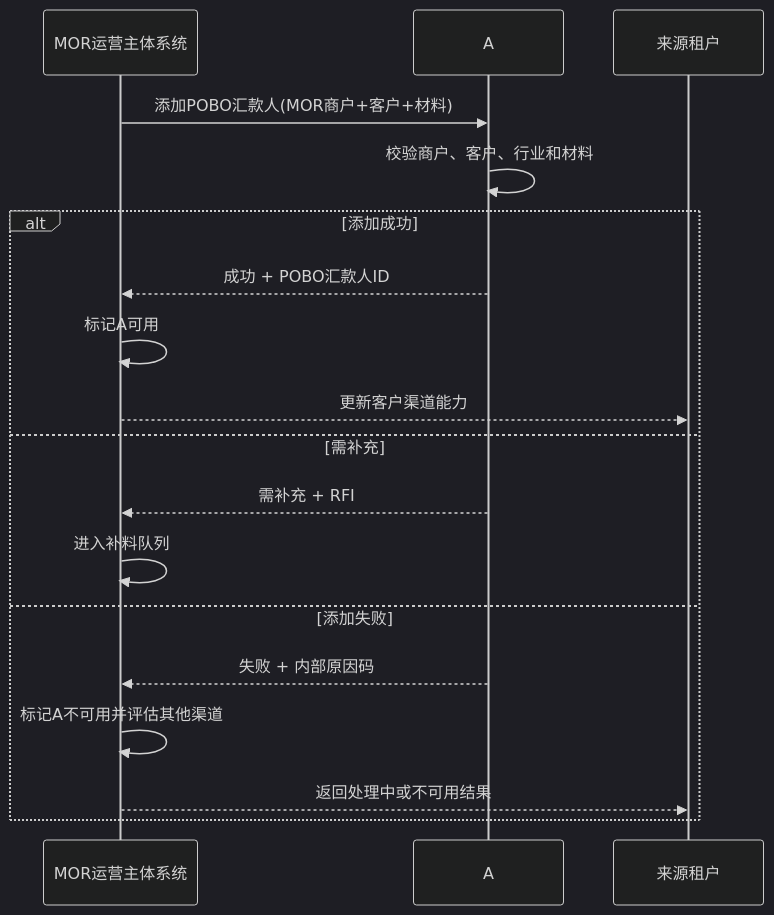
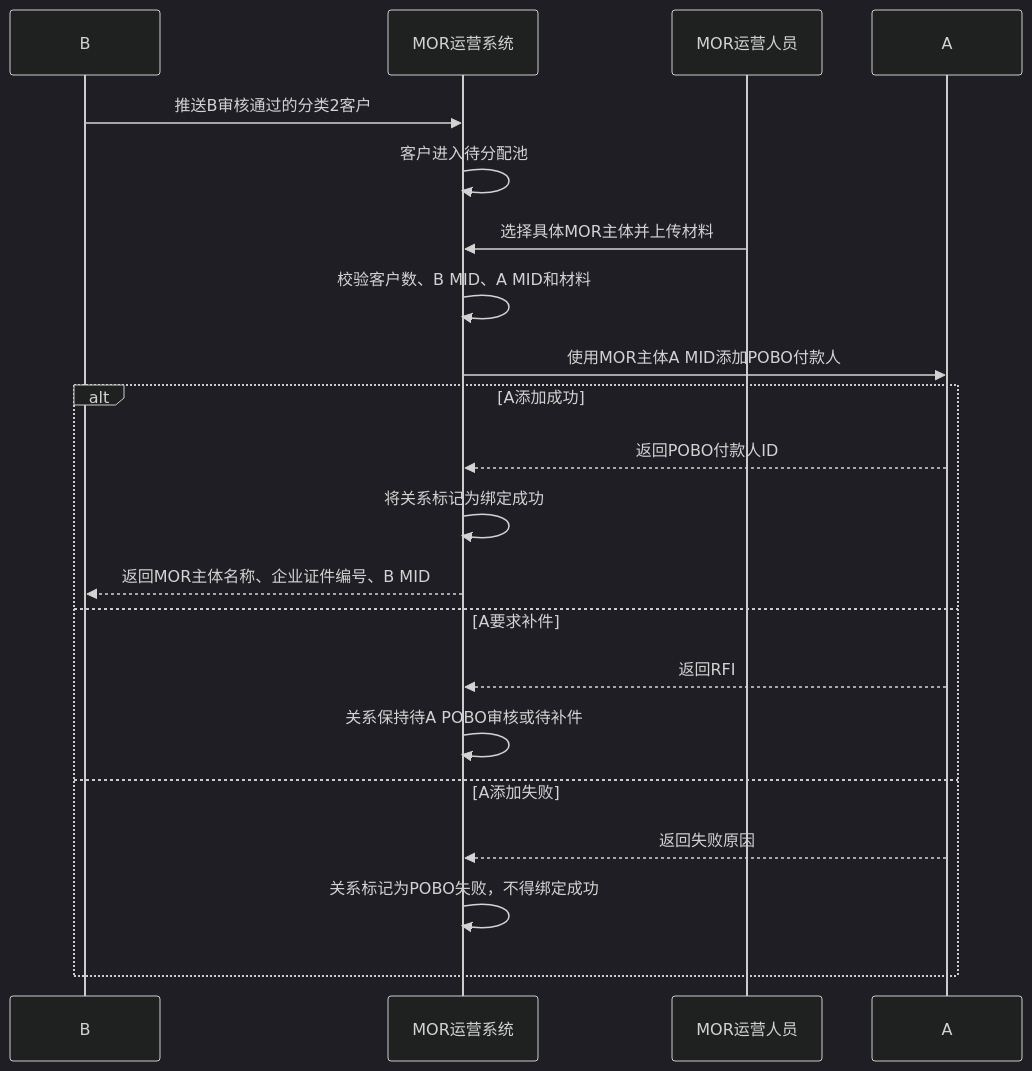
Before and after one commit to xiaoxiaoangie/EX-NEW: the third of 4 diagrams in MORSolutions/解决方案/MOR模式-运营主体SP最终方案.md, drawn with Mermaid (dark theme). The commit also changed other lines of this file and 5 other files, not shown here.

````diff
--- a/MORSolutions/解决方案/MOR模式-运营主体SP最终方案.md
+++ b/MORSolutions/解决方案/MOR模式-运营主体SP最终方案.md
@@ -338,21 +228,24 @@
 ```mermaid
 sequenceDiagram
-    participant SP as MOR运营主体系统
+    participant B as B
+    participant OPS as MOR运营系统
+    participant O as MOR运营人员
     participant A as A
-    participant T as 来源租户
 
-    SP->>A: 添加POBO汇款人(MOR商户+客户+材料)
-    A->>A: 校验商户、客户、行业和材料
-    alt 添加成功
-        A-->>SP: 成功 + POBO汇款人ID
-        SP->>SP: 标记A可用
-        SP-->>T: 更新客户渠道能力
-    else 需补充
-        A-->>SP: 需补充 + RFI
-        SP->>SP: 进入补料队列
-    else 添加失败
-        A-->>SP: 失败 + 内部原因码
-        SP->>SP: 标记A不可用并评估其他渠道
-        SP-->>T: 返回处理中或不可用结果
+    B->>OPS: 推送B审核通过的分类2客户
+    OPS->>OPS: 客户进入待分配池
+    O->>OPS: 选择具体MOR主体并上传材料
+    OPS->>OPS: 校验客户数、B MID、A MID和材料
+    OPS->>A: 使用MOR主体A MID添加POBO付款人
+    alt A添加成功
+        A-->>OPS: 返回POBO付款人ID
+        OPS->>OPS: 将关系标记为绑定成功
+        OPS-->>B: 返回MOR主体名称、企业证件编号、B MID
+    else A要求补件
+        A-->>OPS: 返回RFI
+        OPS->>OPS: 关系保持待A POBO审核或待补件
+    else A添加失败
+        A-->>OPS: 返回失败原因
+        OPS->>OPS: 关系标记为POBO失败，不得绑定成功
     end
 ```
````
